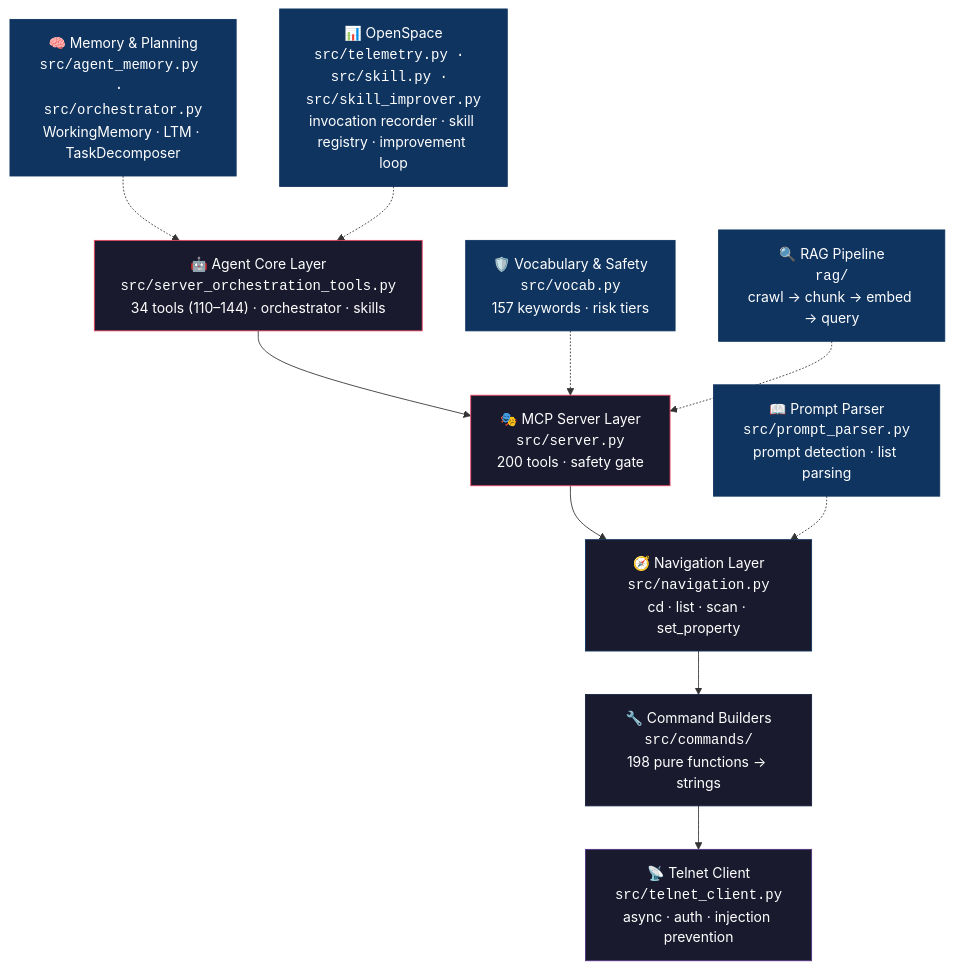
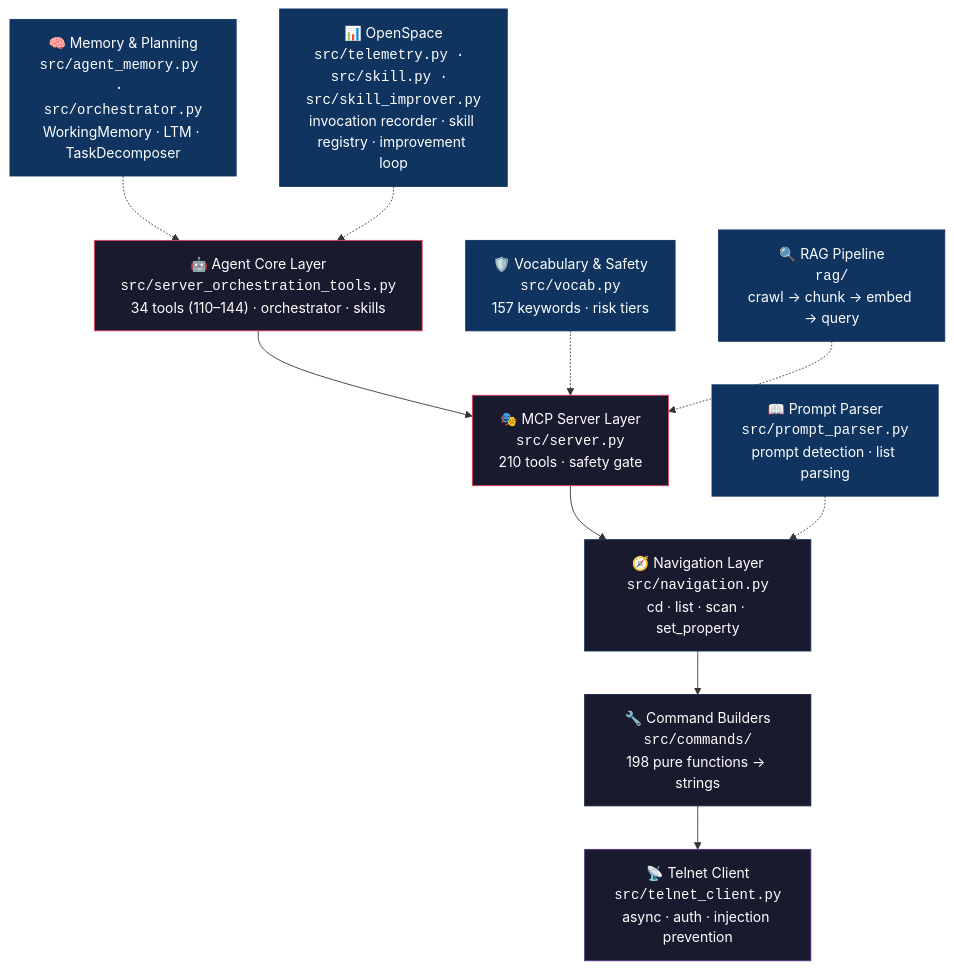
The first of 2 diagrams in README.md (drohi-r/grandma2-mcp), drawn with Mermaid before and after one commit. The commit also changed other lines of this file and 13 other files, not shown here.

````diff
--- a/README.md
+++ b/README.md
@@ -64,25 +64,25 @@
 ```mermaid
 graph TD
     H["🤖 Agent Core Layer<br/><code>src/server_orchestration_tools.py</code><br/>34 tools (110–144) · orchestrator · skills"] --> A
-    A["🎭 MCP Server Layer<br/><code>src/server.py</code><br/>200 tools · safety gate"] --> B
+    A["🎭 MCP Server Layer<br/><code>src/server.py</code><br/>210 tools · safety gate"] --> B
     B["🧭 Navigation Layer<br/><code>src/navigation.py</code><br/>cd · list · scan · set_property"] --> C
     C["🔧 Command Builders<br/><code>src/commands/</code><br/>198 pure functions → strings"] --> D
     D["📡 Telnet Client<br/><code>src/telnet_client.py</code><br/>async · auth · injection prevention"]
 
     E["📖 Prompt Parser<br/><code>src/prompt_parser.py</code><br/>prompt detection · list parsing"] -.-> B
     F["🛡️ Vocabulary & Safety<br/><code>src/vocab.py</code><br/>157 keywords · risk tiers"] -.-> A
     G["🔍 RAG Pipeline<br/><code>rag/</code><br/>crawl → chunk → embed → query"] -.-> A
     I["🧠 Memory & Planning<br/><code>src/agent_memory.py · src/orchestrator.py</code><br/>WorkingMemory · LTM · TaskDecomposer"] -.-> H
     J["📊 OpenSpace<br/><code>src/telemetry.py · src/skill.py · src/skill_improver.py</code><br/>invocation recorder · skill registry · improvement loop"] -.-> H
 
     style H fill:#1a1a2e,stroke:#e94560,color:#fff
     style A fill:#1a1a2e,stroke:#e94560,color:#fff
     style B fill:#1a1a2e,stroke:#0f3460,color:#fff
     style C fill:#1a1a2e,stroke:#16213e,color:#fff
     style D fill:#1a1a2e,stroke:#533483,color:#fff
     style E fill:#0f3460,stroke:#0f3460,color:#fff
     style F fill:#0f3460,stroke:#0f3460,color:#fff
     style G fill:#0f3460,stroke:#0f3460,color:#fff
     style I fill:#0f3460,stroke:#0f3460,color:#fff
     style J fill:#0f3460,stroke:#0f3460,color:#fff
 ```
````
